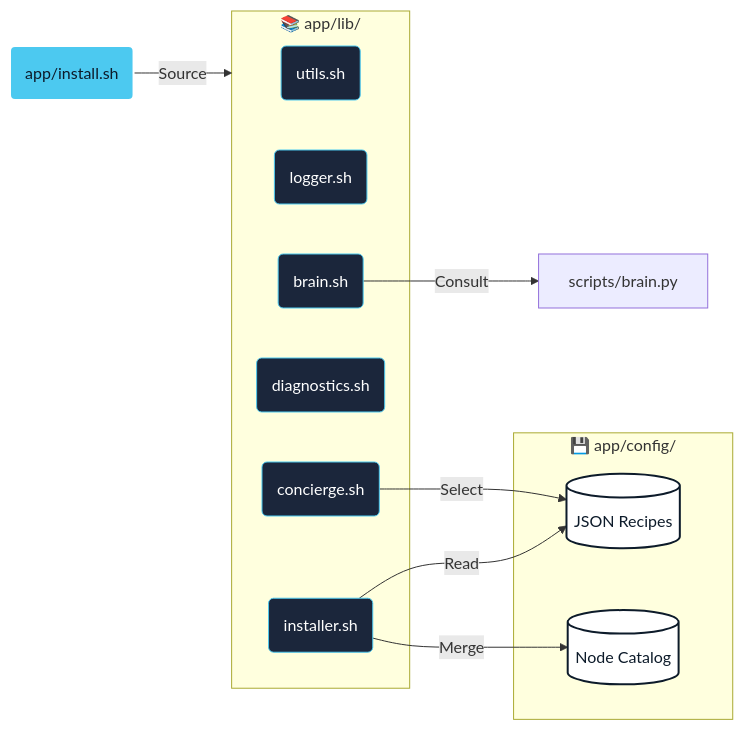
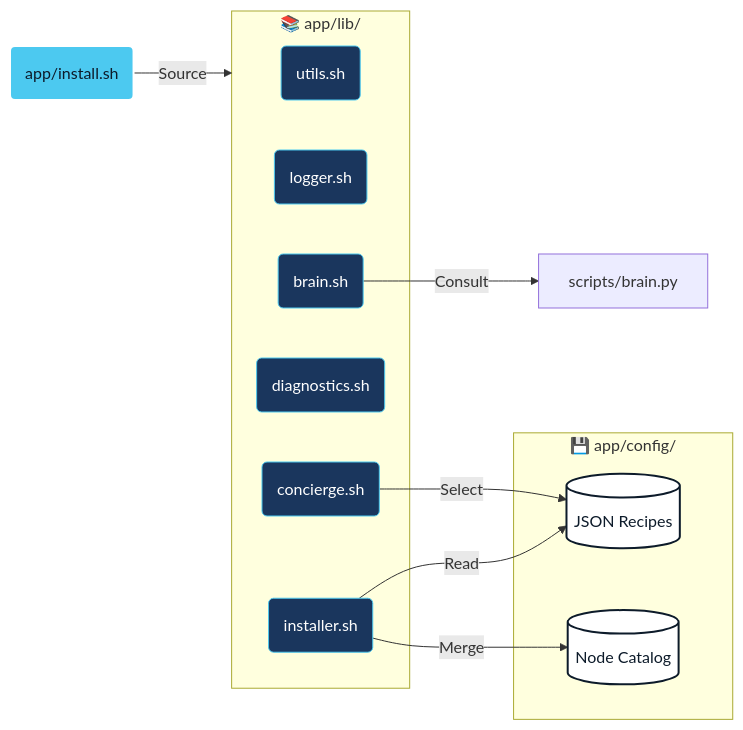
The second of 4 diagrams in architecture.md (roguelikeCode/takumi-comfyui-advisor), drawn with Mermaid before and after one commit. The commit also changed other lines of this file, not shown here.

Commit message:
chore(architecture.md): fix mermaid colors for github visibility

````diff
--- a/architecture.md
+++ b/architecture.md
@@ -58,29 +59,29 @@
 ```mermaid
 graph LR
-    %% Color Palette: Yamato Navy & Cyan
-    classDef entry fill:#4cc9f0,stroke:#fff,stroke-width:2px,color:#0d1b2a;
-    classDef lib fill:#1b263b,stroke:#4cc9f0,stroke-width:1px,color:#fff;
+    %% --- Styles ---
+    classDef entry fill:#4cc9f0,stroke:#ffffff,stroke-width:2px,color:#0d1b2a;
+    classDef lib fill:#1a365d,stroke:#4cc9f0,stroke-width:1px,color:#ffffff;
     classDef data fill:#ffffff,stroke:#0d1b2a,stroke-width:2px,color:#0d1b2a;
 
     Entry("app/install.sh"):::entry
 
     subgraph Libraries ["📚 app/lib/"]
         Utils(utils.sh):::lib
         Logger(logger.sh):::lib
         BrainInterface(brain.sh):::lib
         Diagnostics(diagnostics.sh):::lib
         Concierge(concierge.sh):::lib
         Core(installer.sh):::lib
     end
 
     subgraph Data ["💾 app/config/"]
         Recipes[("JSON Recipes")]:::data
         Catalog[("Node Catalog")]:::data
     end
 
     Entry -->|Source| Libraries
     Core -->|Read| Recipes
     Core -->|Merge| Catalog
     Concierge -->|Select| Recipes
     BrainInterface -->|Consult| Brain["scripts/brain.py"]
 ```
````
